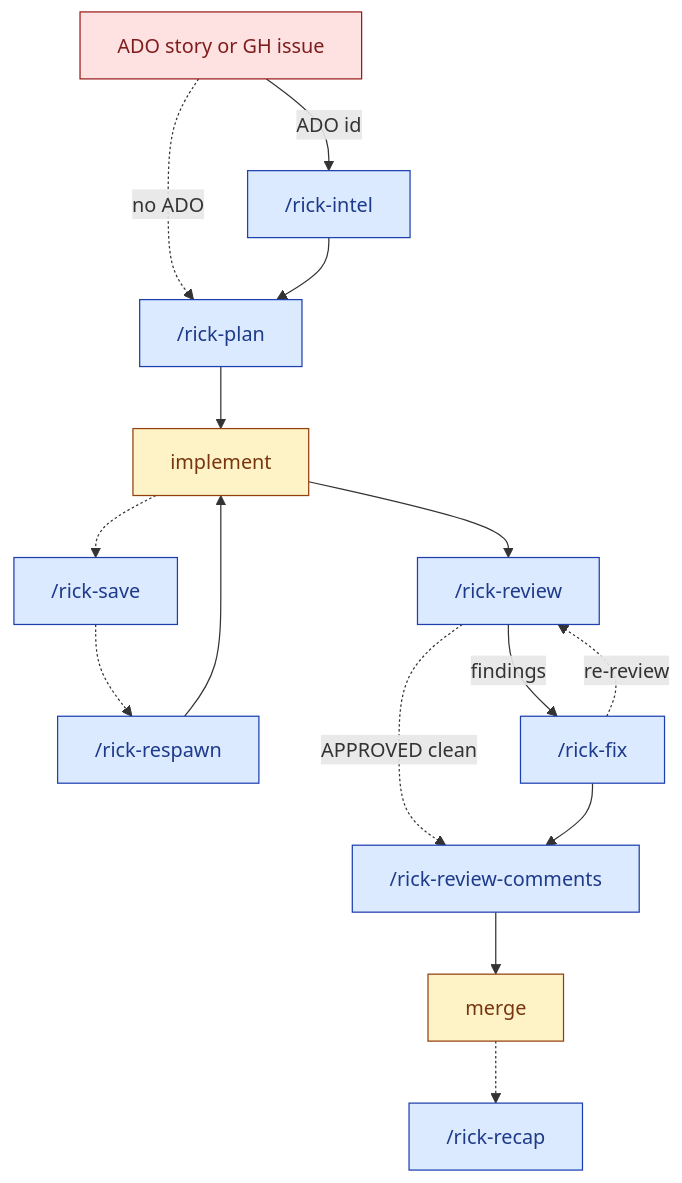
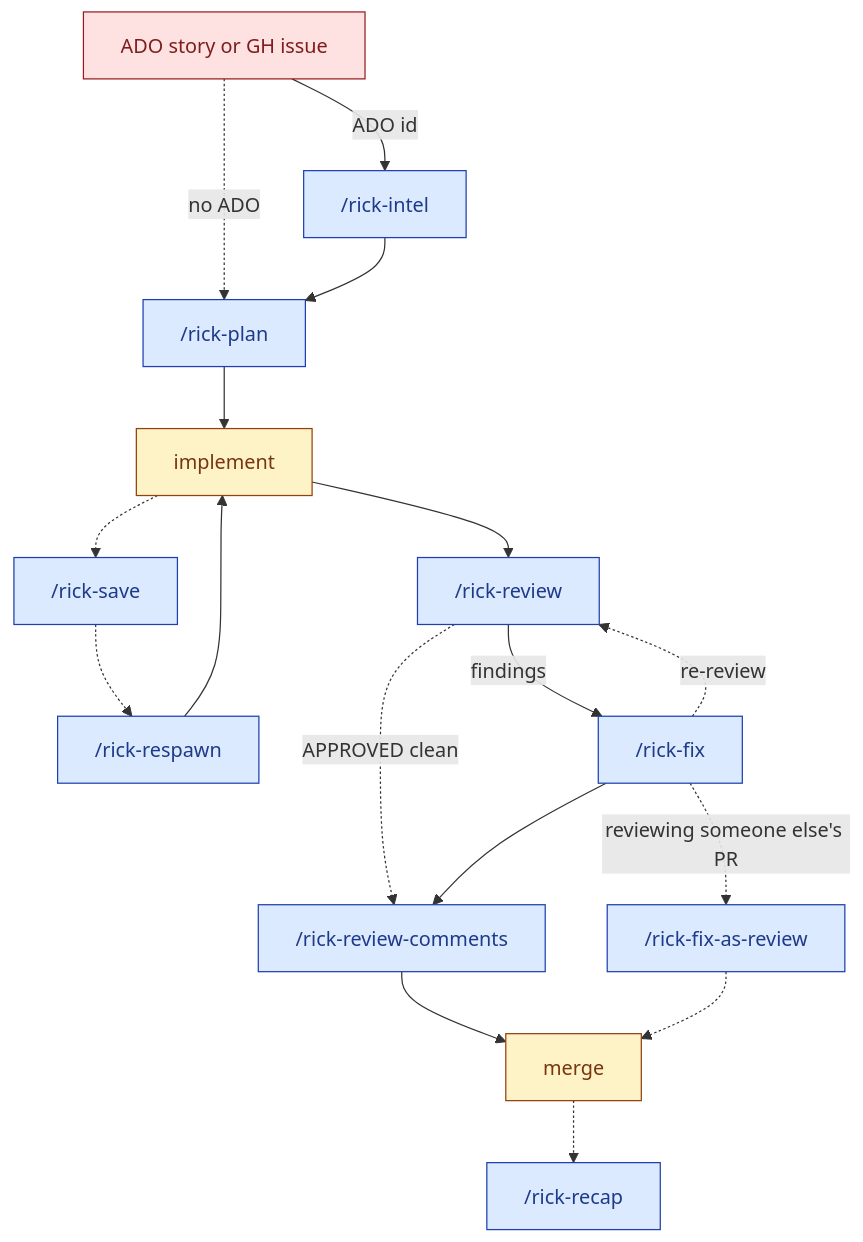
The diagram in README.md (BambooXLotus/deren-skills), drawn with Mermaid before and after one commit. The commit also changed other lines of this file and 2 other files, not shown here.

First line of the commit message:
Ship rick-fix-as-review: deliver rick-fix output as a PENDING PR review (#17)

````diff
--- a/README.md
+++ b/README.md
@@ -29,22 +29,24 @@
 ```mermaid
 flowchart TD
     Issue["ADO story or GH issue"]:::seed
     Issue -->|"ADO id"| Intel["/rick-intel"]:::skill
     Issue -.->|"no ADO"| Plan
     Intel --> Plan["/rick-plan"]:::skill
     Plan --> Build["implement"]:::action
     Build -.-> Save["/rick-save"]:::skill
     Save -.-> Respawn["/rick-respawn"]:::skill
     Respawn --> Build
     Build --> Review["/rick-review"]:::skill
     Review -->|"findings"| Fix["/rick-fix"]:::skill
     Review -.->|"APPROVED clean"| Comments
     Fix --> Comments["/rick-review-comments"]:::skill
+    Fix -.->|"reviewing someone else's PR"| FixAsReview["/rick-fix-as-review"]:::skill
     Fix -.->|"re-review"| Review
     Comments --> Merge["merge"]:::action
+    FixAsReview -.-> Merge
     Merge -.-> Recap["/rick-recap"]:::skill
 
     classDef skill fill:#dbeafe,stroke:#1e40af,color:#1e3a8a
     classDef action fill:#fef3c7,stroke:#92400e,color:#78350f
     classDef seed fill:#fee2e2,stroke:#991b1b,color:#7f1d1d
 ```
````
